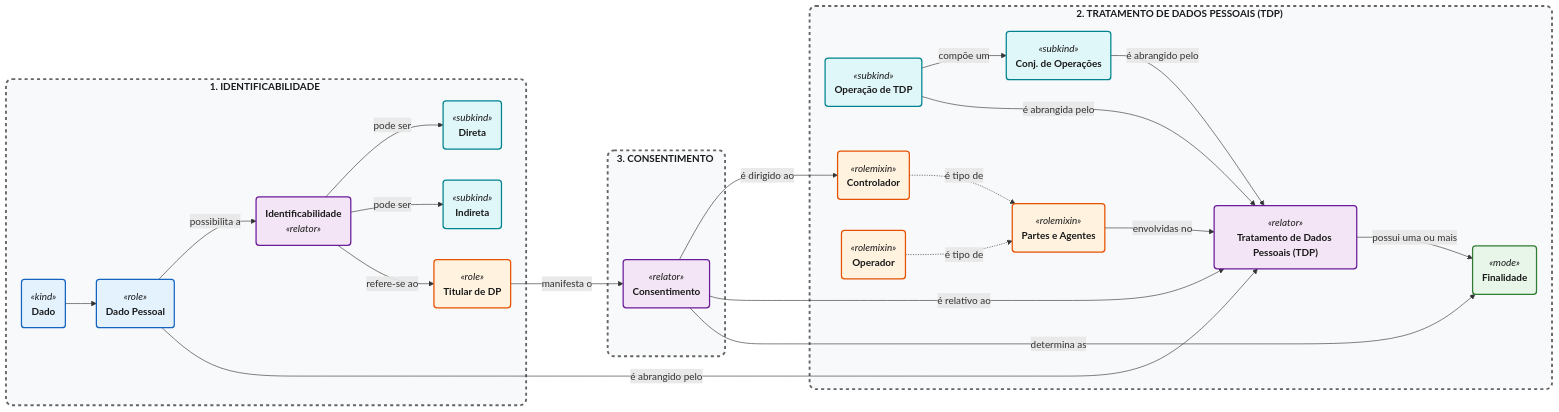
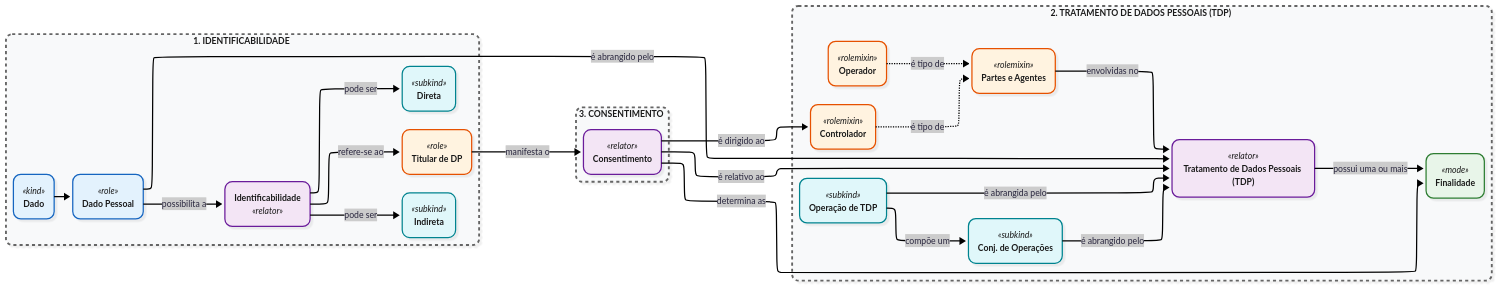
Before and after one commit to TNK443/Dissertacao: the second of 3 diagrams in ONTOPRIVACY/README.md, drawn with Mermaid.

````diff
--- a/ONTOPRIVACY/README.md
+++ b/ONTOPRIVACY/README.md
@@ -97,4 +97,10 @@
 ```mermaid
+---
+config:
+    theme: redux-color
+    look: neo
+    layout: elk
+---
 flowchart LR
     %% --------------------------------------------------------
     %% PALETA DE CORES LÓGICA E ELEGANTE (MATERIAL DESIGN)
````
